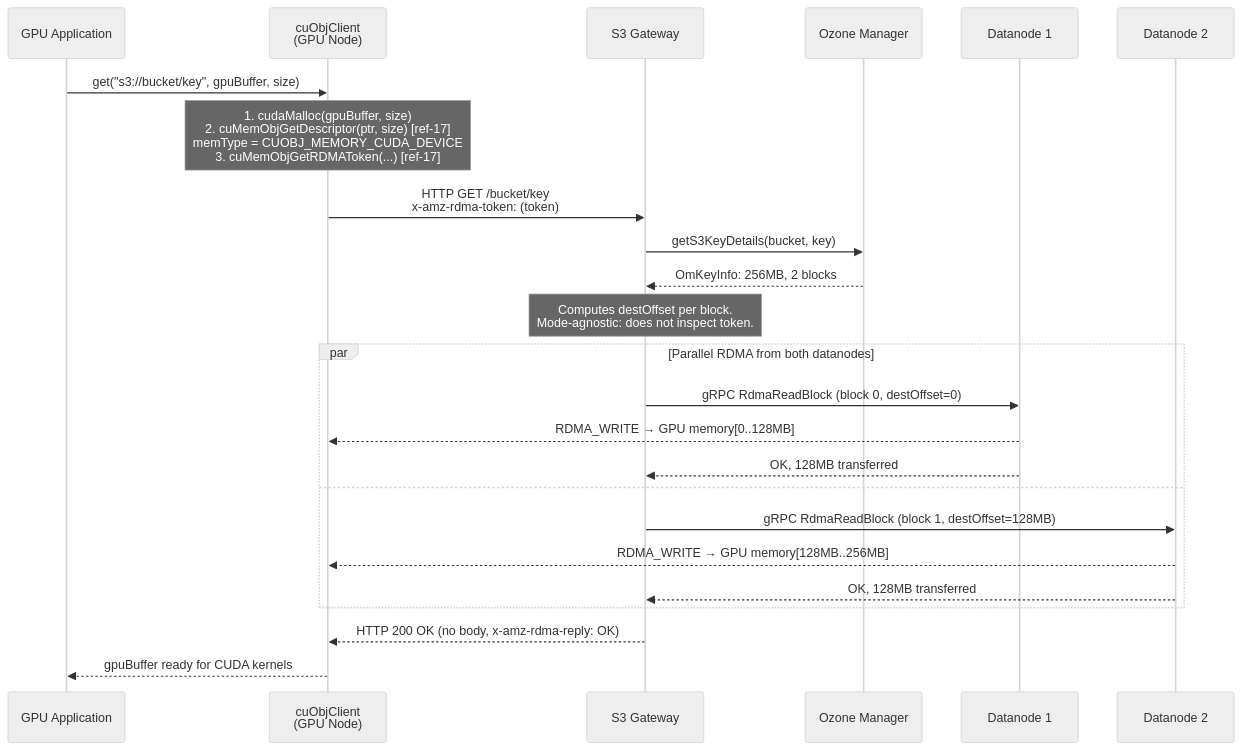
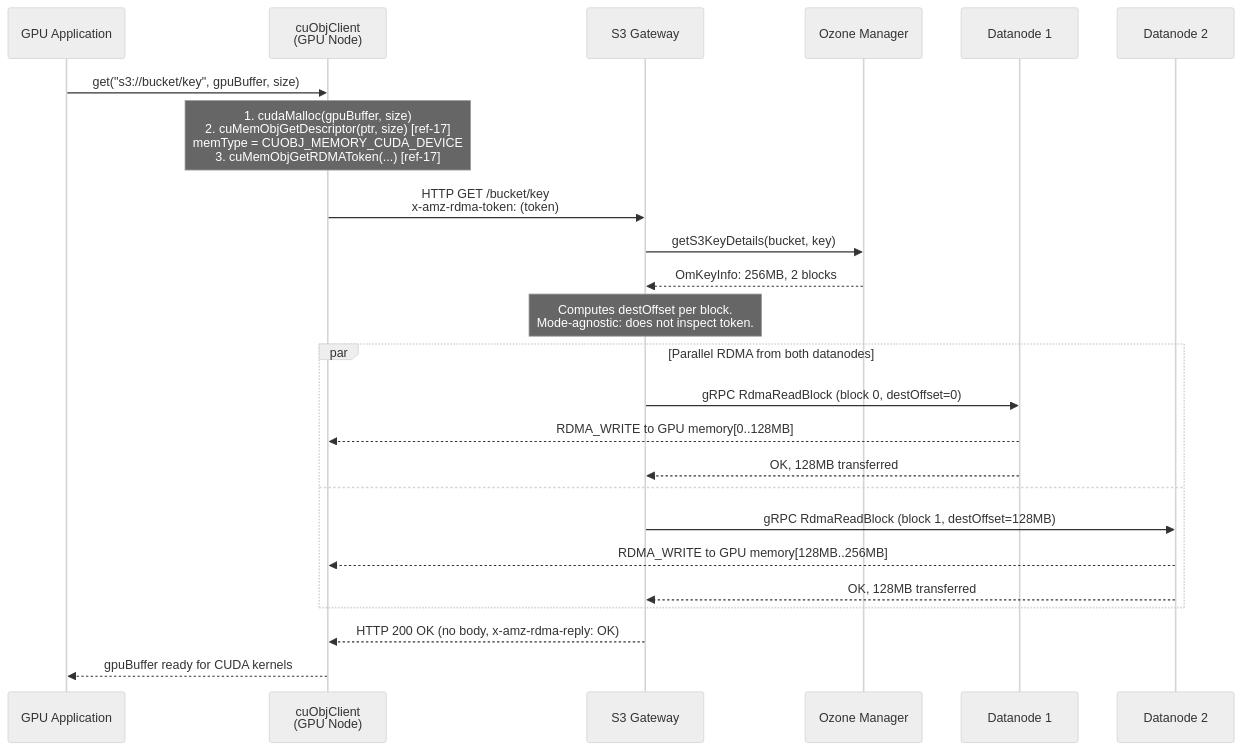
Before and after one commit to ptlrs/ozone: the second of 6 diagrams in docs/gds-dn-direct-rdma-implementation-spec.md, drawn with Mermaid (neutral theme). The commit also changed other lines of this file, not shown here.

Commit message:
GPUDIRECT. Update GPUDirect Storage spec to v8.0 with validation status, known limitations, fixes for prior inaccuracies, enhanced cloud testing environments, and updated architectural flows

````diff
--- a/docs/gds-dn-direct-rdma-implementation-spec.md
+++ b/docs/gds-dn-direct-rdma-implementation-spec.md
@@ -434,32 +349,32 @@
 ```mermaid
 sequenceDiagram
   participant App as GPU Application
   participant cuObj as cuObjClient<br/>(GPU Node)
   participant GW as S3 Gateway
   participant OM as Ozone Manager
   participant DN1 as Datanode 1
   participant DN2 as Datanode 2
 
   App ->> cuObj: get("s3://bucket/key", gpuBuffer, size)
   Note over cuObj: 1. cudaMalloc(gpuBuffer, size)<br/>2. cuMemObjGetDescriptor(ptr, size) [ref-17]<br/>   memType = CUOBJ_MEMORY_CUDA_DEVICE<br/>3. cuMemObjGetRDMAToken(...) [ref-17]
 
   cuObj ->> GW: HTTP GET /bucket/key<br/>x-amz-rdma-token: (token)
 
   GW ->> OM: getS3KeyDetails(bucket, key)
   OM -->> GW: OmKeyInfo: 256MB, 2 blocks
 
   Note over GW: Computes destOffset per block.<br/>Mode-agnostic: does not inspect token.
 
   par Parallel RDMA from both datanodes
     GW ->> DN1: gRPC RdmaReadBlock (block 0, destOffset=0)
-    DN1 -->> cuObj: RDMA_WRITE → GPU memory[0..128MB]
+    DN1 -->> cuObj: RDMA_WRITE to GPU memory[0..128MB]
     DN1 -->> GW: OK, 128MB transferred
   and
     GW ->> DN2: gRPC RdmaReadBlock (block 1, destOffset=128MB)
-    DN2 -->> cuObj: RDMA_WRITE → GPU memory[128MB..256MB]
+    DN2 -->> cuObj: RDMA_WRITE to GPU memory[128MB..256MB]
     DN2 -->> GW: OK, 128MB transferred
   end
 
   GW -->> cuObj: HTTP 200 OK (no body, x-amz-rdma-reply: OK)
   cuObj -->> App: gpuBuffer ready for CUDA kernels
 ```
````
